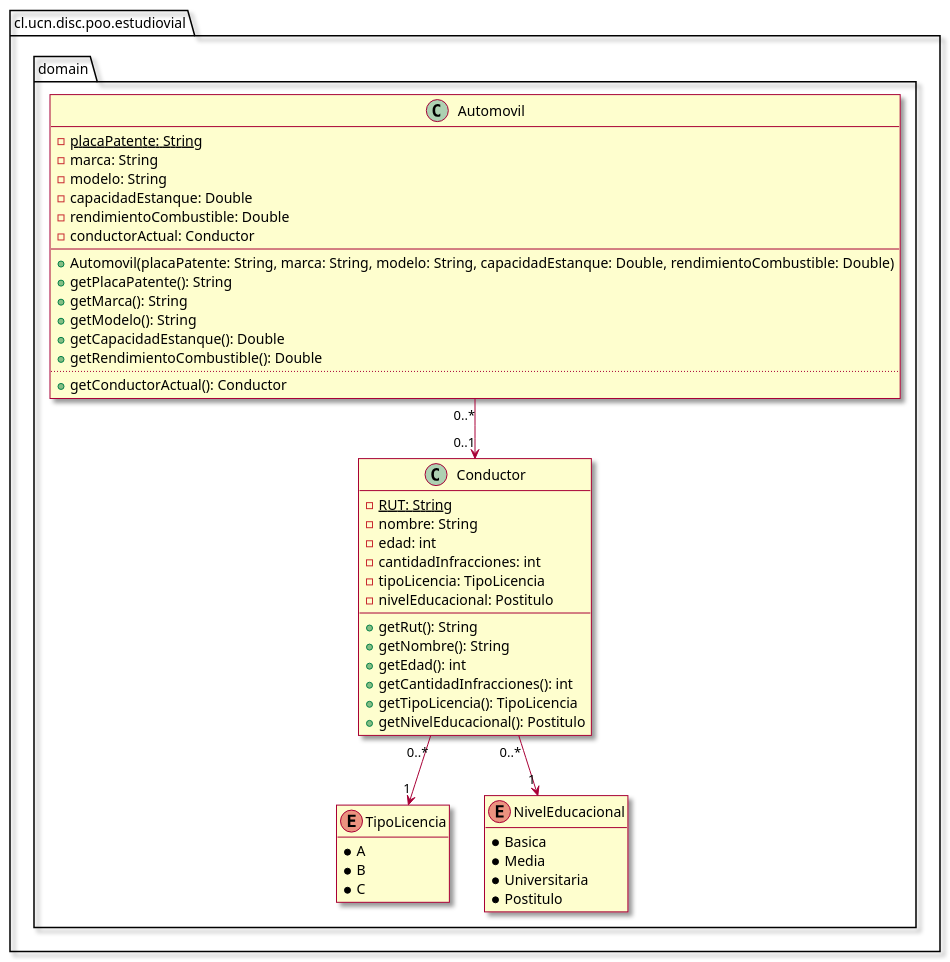
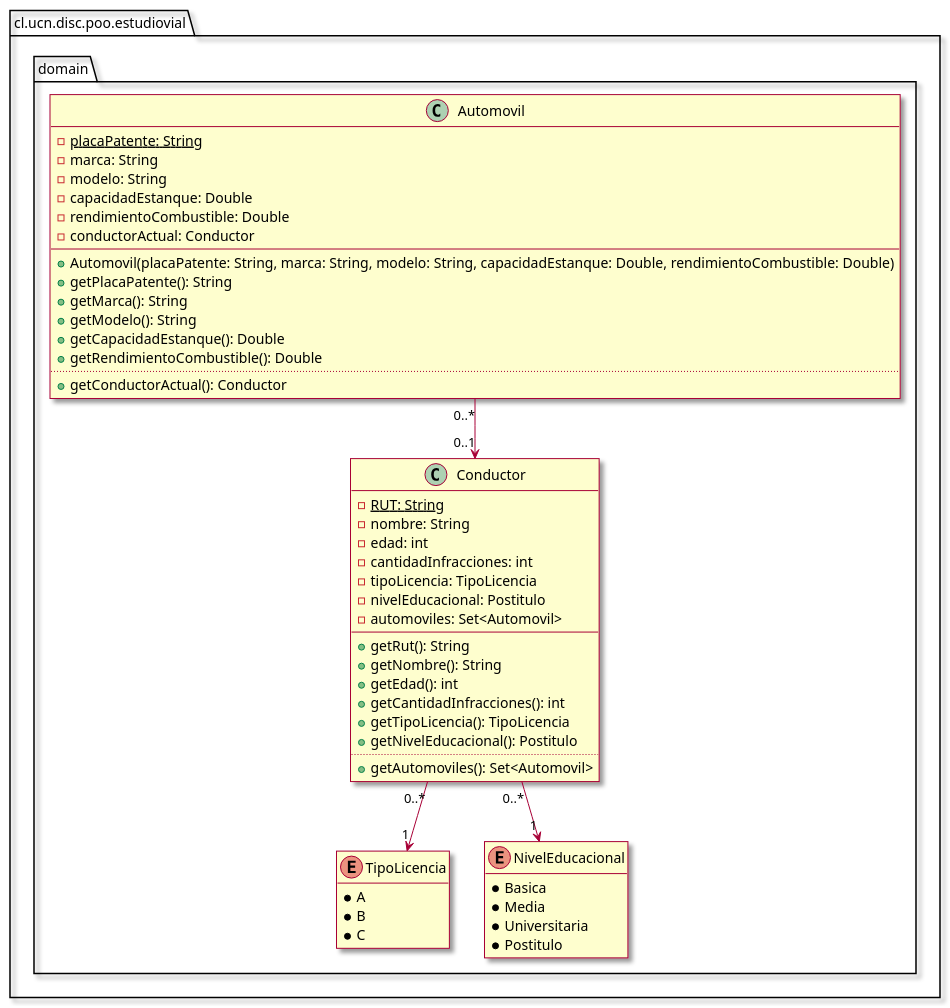
Before and after one commit to godiecl/estudio-vial: the diagram in docs/class.puml, drawn with PlantUML.

Commit message:
feat: add the automovil relationship

```diff
--- a/docs/class.puml
+++ b/docs/class.puml
@@ -1,65 +1,69 @@
 @startuml
 skin rose
 set separator none
 ' left to right direction
 hide empty members
 
 package cl.ucn.disc.poo.estudiovial {
 
     package domain {
 
         class Automovil {
             - {static} placaPatente: String
             - marca: String
             - modelo: String
             - capacidadEstanque: Double
             - rendimientoCombustible: Double
             - conductorActual: Conductor
             ----
             + Automovil(placaPatente: String, marca: String, modelo: String, capacidadEstanque: Double, rendimientoCombustible: Double)
             + getPlacaPatente(): String
             + getMarca(): String
             + getModelo(): String
             + getCapacidadEstanque(): Double
             + getRendimientoCombustible(): Double
             ....
             + getConductorActual(): Conductor
         }
         Automovil "0..*" --> "0..1" Conductor
 
         enum TipoLicencia {
             * A
             * B
             * C
         }
 
         enum NivelEducacional {
             * Basica
             * Media
             * Universitaria
             * Postitulo
         }
 
         class Conductor {
             - {static} RUT: String
             - nombre: String
             - edad: int
             - cantidadInfracciones: int
             - tipoLicencia: TipoLicencia
             - nivelEducacional: Postitulo
+            - automoviles: Set<Automovil>
+            ----
             + getRut(): String
             + getNombre(): String
             + getEdad(): int
             + getCantidadInfracciones(): int
             + getTipoLicencia(): TipoLicencia
             + getNivelEducacional(): Postitulo
+            ....
+            + getAutomoviles(): Set<Automovil>
         }
         Conductor "0..*" --> "1" TipoLicencia
         Conductor "0..*" --> "1" NivelEducacional
 
     }
 
 }
 
 
 @enduml
```
